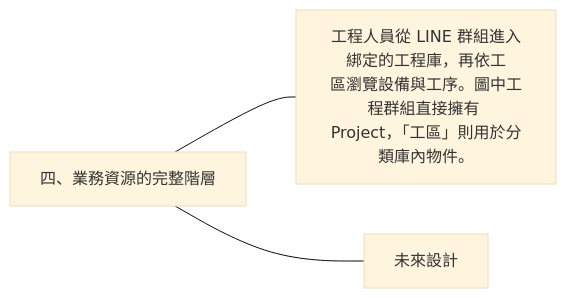
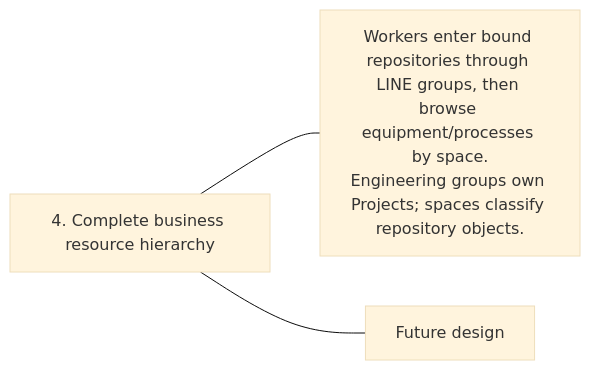
Before and after one commit to 963sup/line-mini-app-bot: diagram 12 of 38 in docs/proposals/line-engineering/README.md, drawn with Mermaid (base theme). The commit also changed other lines of this file and 341 other files, not shown here.

````diff
--- a/docs/proposals/line-engineering/README.md
+++ b/docs/proposals/line-engineering/README.md
@@ -150,6 +154,6 @@
 ```mermaid
 flowchart LR
-  h["四、業務資源的完整階層"]
-  h --- n0["工程人員從 LINE 群組進入綁定的工程庫，再依工<br/>區瀏覽設備與工序。圖中工程群組直接擁有 <br/>Project，「工區」則用於分類庫內物件。"]
-  h --- n1["未來設計"]
+  h["4. Complete business resource hierarchy"]
+  h --- n0["Workers enter bound repositories through LINE groups, then browse equipment/processes by space.<br/>Engineering groups own Projects; spaces classify repository objects."]
+  h --- n1["Future design"]
 ```
````
